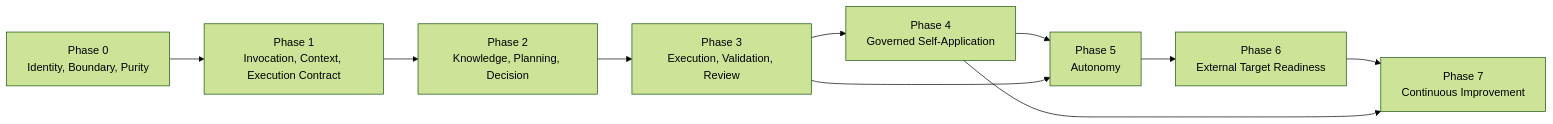
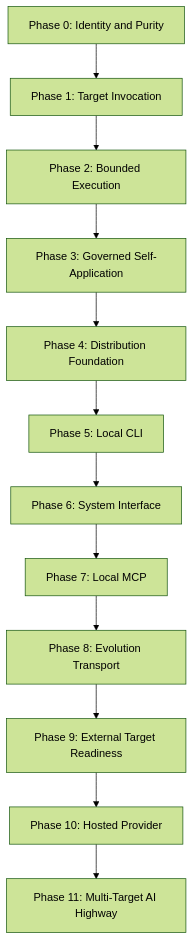
Before and after one commit to nrttns/forge-ai: the diagram in docs/Projects/ForgeAI/Planning/DevelopmentPhases.md, drawn with Mermaid (forest theme). The commit also changed other lines of this file and 1 other file, not shown here.

Commit message:
Realign Forge AI AI-DOS distribution planning

````diff
--- a/docs/Projects/ForgeAI/Planning/DevelopmentPhases.md
+++ b/docs/Projects/ForgeAI/Planning/DevelopmentPhases.md
@@ -201,12 +117,14 @@
 ```mermaid
-flowchart LR
-    P0[Phase 0<br/>Identity, Boundary, Purity] --> P1[Phase 1<br/>Invocation, Context, Execution Contract]
-    P1 --> P2[Phase 2<br/>Knowledge, Planning, Decision]
-    P2 --> P3[Phase 3<br/>Execution, Validation, Review]
-    P3 --> P4[Phase 4<br/>Governed Self-Application]
-    P4 --> P5[Phase 5<br/>Autonomy]
-    P5 --> P6[Phase 6<br/>External Target Readiness]
-    P6 --> P7[Phase 7<br/>Continuous Improvement]
-    P3 --> P5
-    P4 --> P7
+flowchart TD
+    P0[Phase 0: Identity and Purity] --> P1[Phase 1: Target Invocation]
+    P1 --> P2[Phase 2: Bounded Execution]
+    P2 --> P3[Phase 3: Governed Self-Application]
+    P3 --> P4[Phase 4: Distribution Foundation]
+    P4 --> P5[Phase 5: Local CLI]
+    P5 --> P6[Phase 6: System Interface]
+    P6 --> P7[Phase 7: Local MCP]
+    P7 --> P8[Phase 8: Evolution Transport]
+    P8 --> P9[Phase 9: External Target Readiness]
+    P9 --> P10[Phase 10: Hosted Provider]
+    P10 --> P11[Phase 11: Multi-Target AI Highway]
 ```
````
